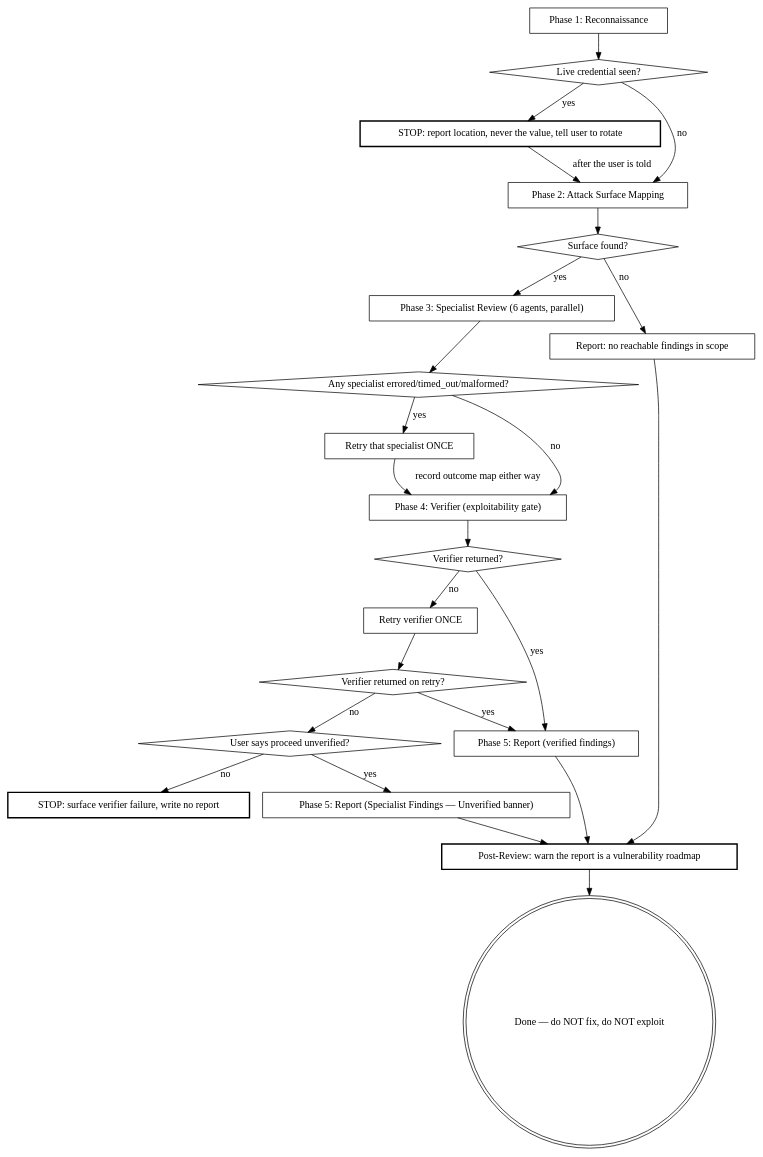
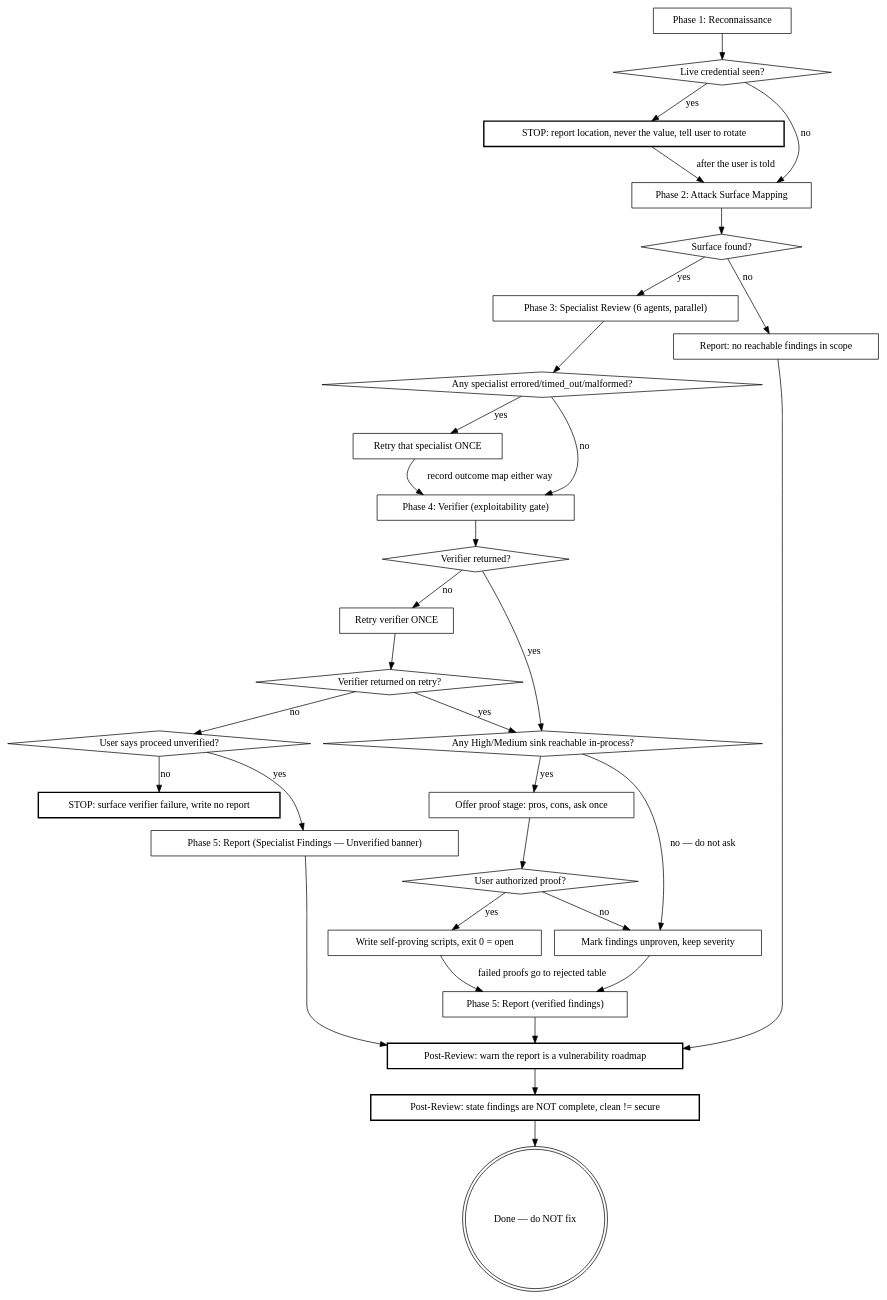
Before and after one commit to Ovid/paad: the second of 3 diagrams in kiro_and_antigravity/skills/.kiro/skills/agentic-owasp/SKILL.md, drawn with Graphviz. The commit also changed other lines of this file and 4 other files, not shown here.

````diff
--- a/kiro_and_antigravity/skills/.kiro/skills/agentic-owasp/SKILL.md
+++ b/kiro_and_antigravity/skills/.kiro/skills/agentic-owasp/SKILL.md
@@ -55,47 +72,61 @@
 ```dot
 digraph session {
   "Phase 1: Reconnaissance" [shape=box];
   "Live credential seen?" [shape=diamond];
   "STOP: report location, never the value, tell user to rotate" [shape=box, style=bold];
   "Phase 2: Attack Surface Mapping" [shape=box];
   "Surface found?" [shape=diamond];
   "Phase 3: Specialist Review (6 agents, parallel)" [shape=box];
   "Any specialist errored/timed_out/malformed?" [shape=diamond];
   "Retry that specialist ONCE" [shape=box];
   "Phase 4: Verifier (exploitability gate)" [shape=box];
   "Verifier returned?" [shape=diamond];
   "Retry verifier ONCE" [shape=box];
   "Verifier returned on retry?" [shape=diamond];
   "User says proceed unverified?" [shape=diamond];
   "STOP: surface verifier failure, write no report" [shape=box, style=bold];
+  "Any High/Medium sink reachable in-process?" [shape=diamond];
+  "Offer proof stage: pros, cons, ask once" [shape=box];
+  "User authorized proof?" [shape=diamond];
+  "Write self-proving scripts, exit 0 = open" [shape=box];
+  "Mark findings unproven, keep severity" [shape=box];
   "Phase 5: Report (verified findings)" [shape=box];
   "Phase 5: Report (Specialist Findings — Unverified banner)" [shape=box];
   "Report: no reachable findings in scope" [shape=box];
   "Post-Review: warn the report is a vulnerability roadmap" [shape=box, style=bold];
-  "Done — do NOT fix, do NOT exploit" [shape=doublecircle];
+  "Post-Review: state findings are NOT complete, clean != secure" [shape=box, style=bold];
+  "Done — do NOT fix" [shape=doublecircle];
 
   "Phase 1: Reconnaissance" -> "Live credential seen?";
   "Live credential seen?" -> "STOP: report location, never the value, tell user to rotate" [label="yes"];
   "STOP: report location, never the value, tell user to rotate" -> "Phase 2: Attack Surface Mapping" [label="after the user is told"];
   "Live credential seen?" -> "Phase 2: Attack Surface Mapping" [label="no"];
   "Phase 2: Attack Surface Mapping" -> "Surface found?";
   "Surface found?" -> "Report: no reachable findings in scope" [label="no"];
   "Surface found?" -> "Phase 3: Specialist Review (6 agents, parallel)" [label="yes"];
   "Phase 3: Specialist Review (6 agents, parallel)" -> "Any specialist errored/timed_out/malformed?";
   "Any specialist errored/timed_out/malformed?" -> "Retry that specialist ONCE" [label="yes"];
   "Retry that specialist ONCE" -> "Phase 4: Verifier (exploitability gate)" [label="record outcome map either way"];
   "Any specialist errored/timed_out/malformed?" -> "Phase 4: Verifier (exploitability gate)" [label="no"];
   "Phase 4: Verifier (exploitability gate)" -> "Verifier returned?";
-  "Verifier returned?" -> "Phase 5: Report (verified findings)" [label="yes"];
+  "Verifier returned?" -> "Any High/Medium sink reachable in-process?" [label="yes"];
   "Verifier returned?" -> "Retry verifier ONCE" [label="no"];
   "Retry verifier ONCE" -> "Verifier returned on retry?";
-  "Verifier returned on retry?" -> "Phase 5: Report (verified findings)" [label="yes"];
+  "Verifier returned on retry?" -> "Any High/Medium sink reachable in-process?" [label="yes"];
   "Verifier returned on retry?" -> "User says proceed unverified?" [label="no"];
   "User says proceed unverified?" -> "Phase 5: Report (Specialist Findings — Unverified banner)" [label="yes"];
   "User says proceed unverified?" -> "STOP: surface verifier failure, write no report" [label="no"];
+  "Any High/Medium sink reachable in-process?" -> "Offer proof stage: pros, cons, ask once" [label="yes"];
+  "Any High/Medium sink reachable in-process?" -> "Mark findings unproven, keep severity" [label="no — do not ask"];
+  "Offer proof stage: pros, cons, ask once" -> "User authorized proof?";
+  "User authorized proof?" -> "Write self-proving scripts, exit 0 = open" [label="yes"];
+  "User authorized proof?" -> "Mark findings unproven, keep severity" [label="no"];
+  "Write self-proving scripts, exit 0 = open" -> "Phase 5: Report (verified findings)" [label="failed proofs go to rejected table"];
+  "Mark findings unproven, keep severity" -> "Phase 5: Report (verified findings)";
   "Report: no reachable findings in scope" -> "Post-Review: warn the report is a vulnerability roadmap";
   "Phase 5: Report (verified findings)" -> "Post-Review: warn the report is a vulnerability roadmap";
   "Phase 5: Report (Specialist Findings — Unverified banner)" -> "Post-Review: warn the report is a vulnerability roadmap";
-  "Post-Review: warn the report is a vulnerability roadmap" -> "Done — do NOT fix, do NOT exploit";
+  "Post-Review: warn the report is a vulnerability roadmap" -> "Post-Review: state findings are NOT complete, clean != secure";
+  "Post-Review: state findings are NOT complete, clean != secure" -> "Done — do NOT fix";
 }
 ```
````
